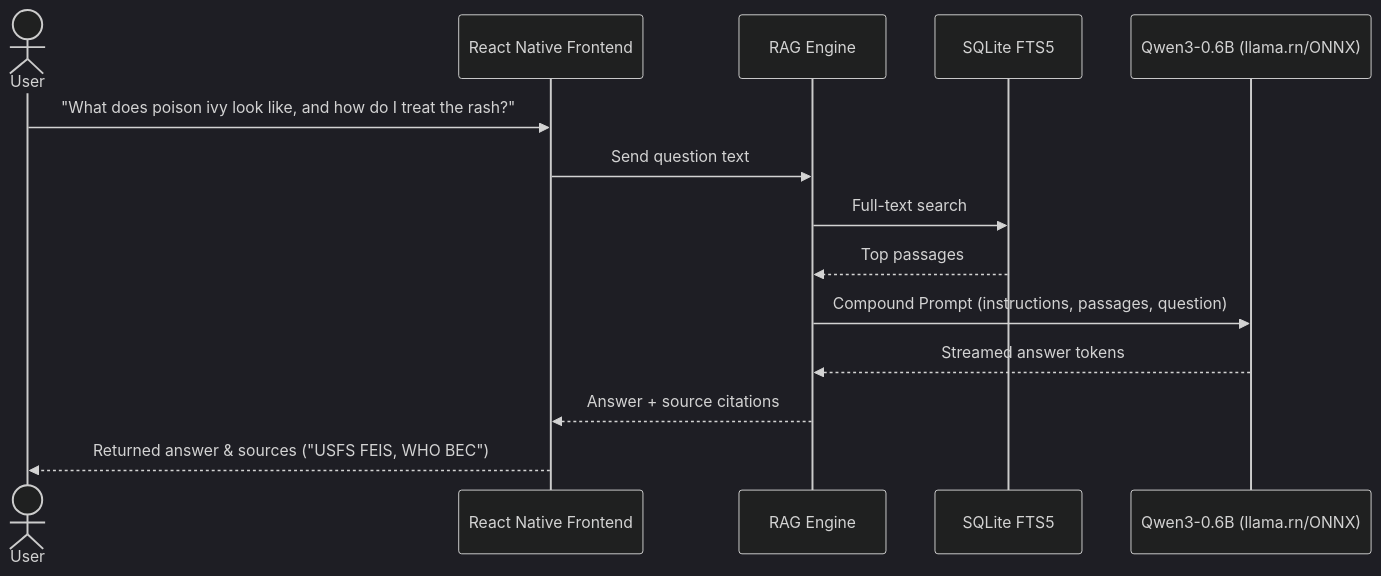
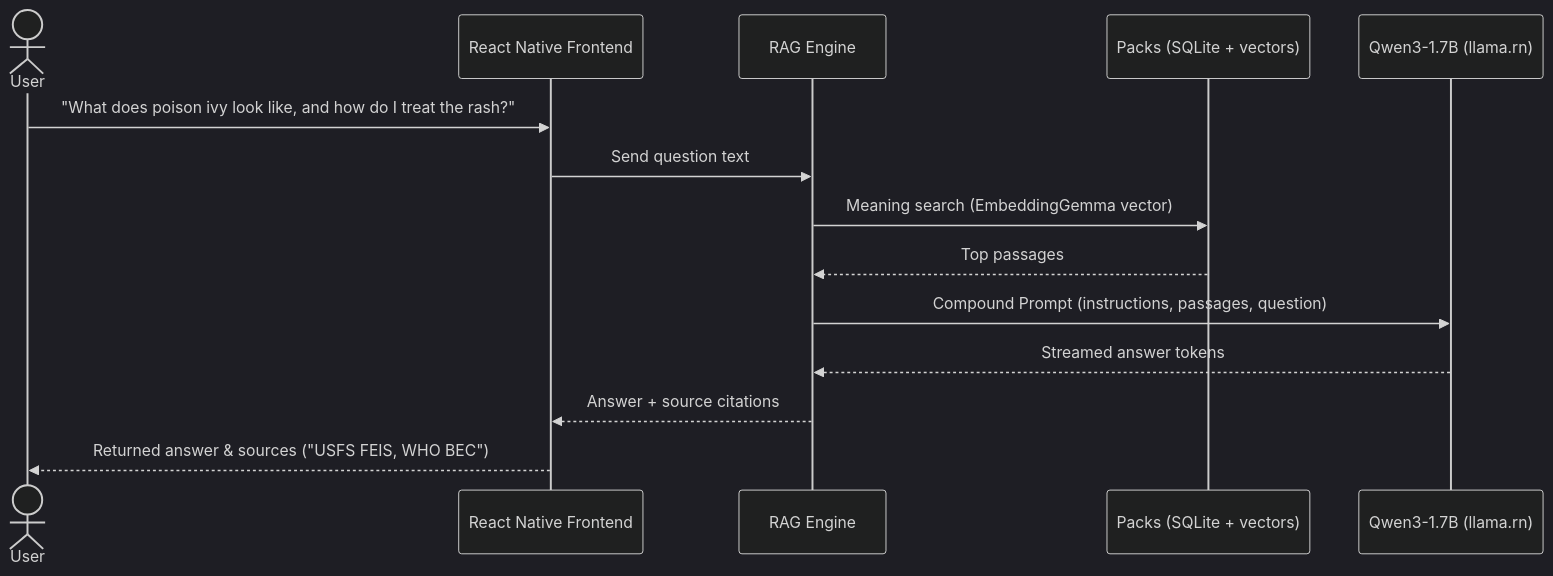
Before and after one commit to r-magnus/fred: the second of 2 diagrams in README.md, drawn with Mermaid (dark theme). The commit also changed other lines of this file and 2 other files, not shown here.

````diff
--- a/README.md
+++ b/README.md
@@ -368,17 +372,17 @@
 ```mermaid
 sequenceDiagram
   actor User
   participant FE as React Native Frontend
   participant RAG as RAG Engine
-  participant DB as SQLite FTS5
-  participant LLM as Qwen3-0.6B (llama.rn/ONNX)
+  participant DB as Packs (SQLite + vectors)
+  participant LLM as Qwen3-1.7B (llama.rn)
 
   User->>FE: "What does poison ivy look like, and how do I treat the rash?"
   FE->>RAG: Send question text
-  RAG->>DB: Full-text search
+  RAG->>DB: Meaning search (EmbeddingGemma vector)
   DB-->>RAG: Top passages
   RAG->>LLM: Compound Prompt (instructions, passages, question)
   LLM-->>RAG: Streamed answer tokens
   RAG-->>FE: Answer + source citations
   FE-->>User: Returned answer & sources ("USFS FEIS, WHO BEC")
 ```
````
